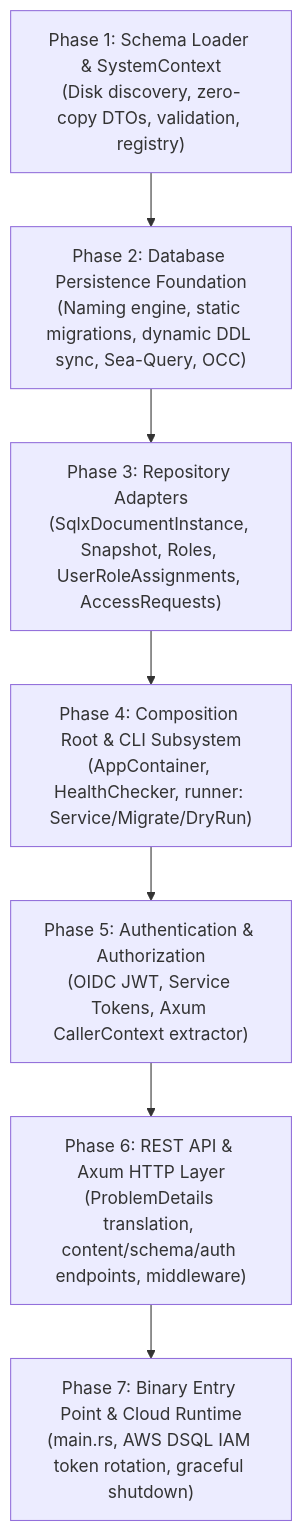
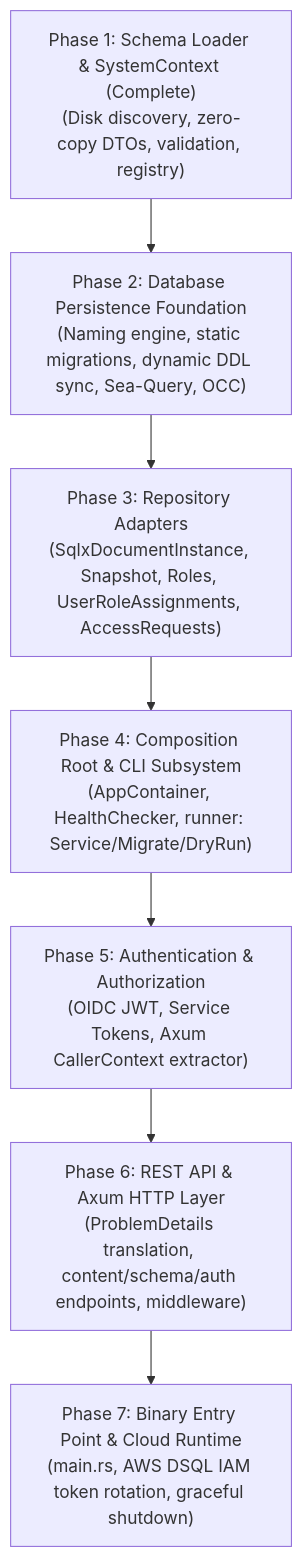
The diagram in docs/plan-infrastructure.md (luminair-cms/luminair-system), drawn with Mermaid before and after one commit. The commit also changed other lines of this file and 5 other files, not shown here.

First line of the commit message:
feat(schema-loader): implement schema loading, parsing, and validation

````diff
--- a/docs/plan-infrastructure.md
+++ b/docs/plan-infrastructure.md
@@ -19,17 +19,17 @@
 ```mermaid
 flowchart TD
-    P1["Phase 1: Schema Loader & SystemContext<br/>(Disk discovery, zero-copy DTOs, validation, registry)"]
+    P1["Phase 1: Schema Loader & SystemContext (Complete)<br/>(Disk discovery, zero-copy DTOs, validation, registry)"]
     P2["Phase 2: Database Persistence Foundation<br/>(Naming engine, static migrations, dynamic DDL sync, Sea-Query, OCC)"]
     P3["Phase 3: Repository Adapters<br/>(SqlxDocumentInstance, Snapshot, Roles, UserRoleAssignments, AccessRequests)"]
     P4["Phase 4: Composition Root & CLI Subsystem<br/>(AppContainer, HealthChecker, runner: Service/Migrate/DryRun)"]
     P5["Phase 5: Authentication & Authorization<br/>(OIDC JWT, Service Tokens, Axum CallerContext extractor)"]
     P6["Phase 6: REST API & Axum HTTP Layer<br/>(ProblemDetails translation, content/schema/auth endpoints, middleware)"]
     P7["Phase 7: Binary Entry Point & Cloud Runtime<br/>(main.rs, AWS DSQL IAM token rotation, graceful shutdown)"]
 
     P1 --> P2
     P2 --> P3
     P3 --> P4
     P4 --> P5
     P5 --> P6
     P6 --> P7
 ```
````
